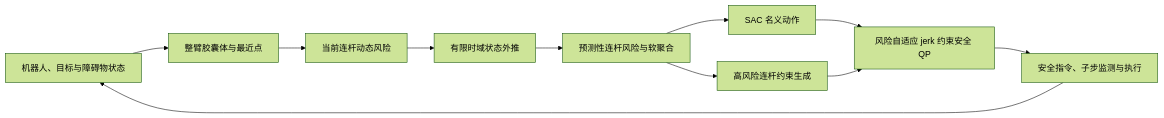
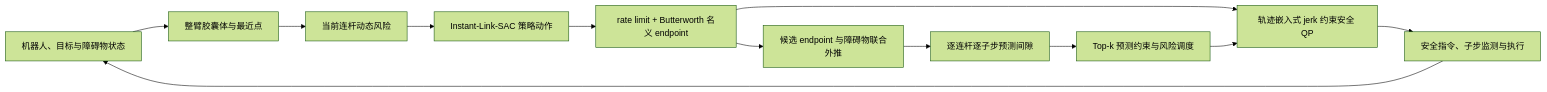
One commit to 123456super/rl_arm changed the diagram in docs/current/thesis_outline.md. Above: the diagram before and after it, drawn with Mermaid (forest theme). The commit also changed other lines of this file and 3295 other files, not shown here.

````diff
--- a/docs/current/thesis_outline.md
+++ b/docs/current/thesis_outline.md
@@ -105,13 +106,14 @@
 ```mermaid
 flowchart LR
     A[机器人、目标与障碍物状态] --> B[整臂胶囊体与最近点]
     B --> C[当前连杆动态风险]
-    C --> D[有限时域状态外推]
-    D --> E[预测性连杆风险与软聚合]
-    E --> F[SAC 名义动作]
-    E --> H[高风险连杆约束生成]
-    F --> I[风险自适应 jerk 约束安全 QP]
+    C --> F[Instant-Link-SAC 策略动作]
+    F --> G[rate limit + Butterworth 名义 endpoint]
+    G --> D[候选 endpoint 与障碍物联合外推]
+    D --> E[逐连杆逐子步预测间隙]
+    E --> H[Top-k 预测约束与风险调度]
+    G --> I[轨迹嵌入式 jerk 约束安全 QP]
     H --> I
     I --> J[安全指令、子步监测与执行]
     J --> A
 ```
````
